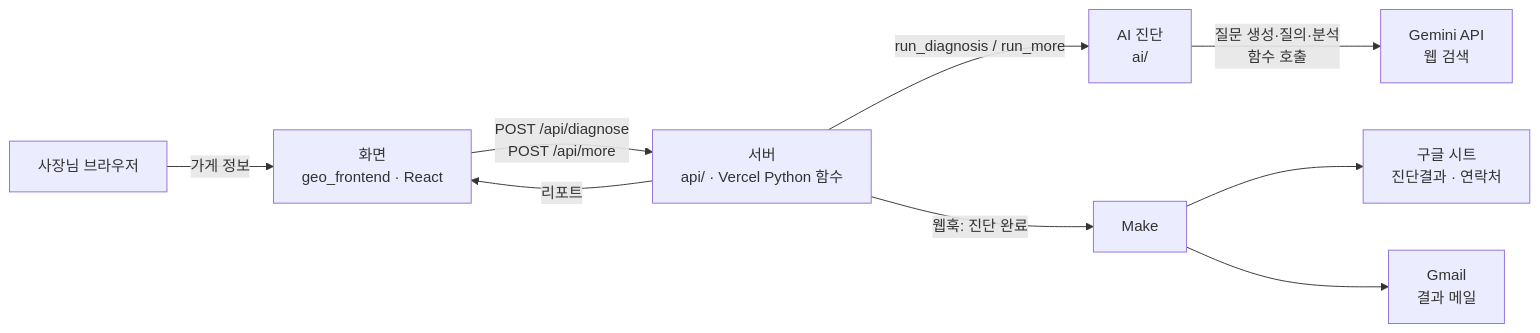
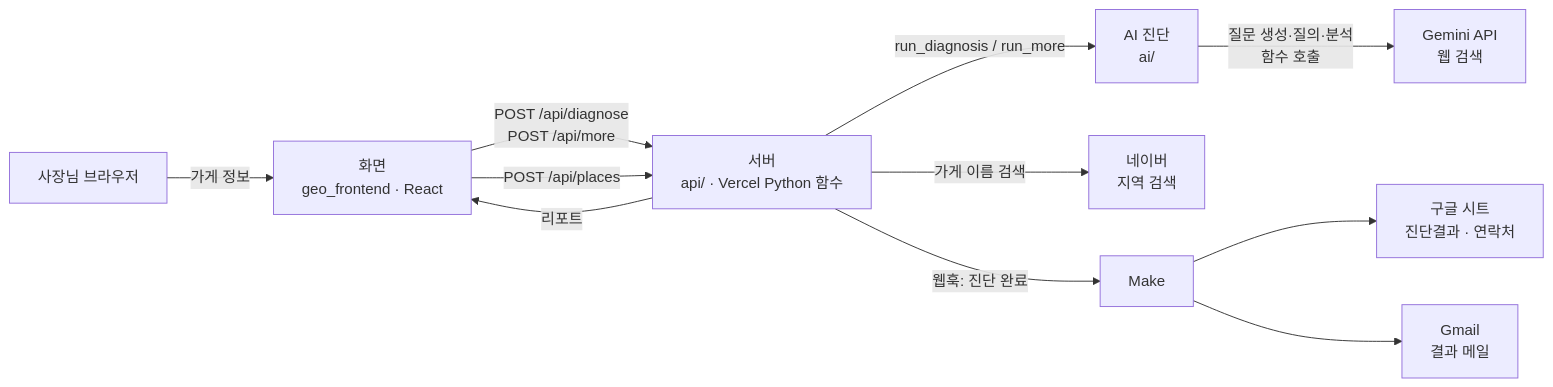
The first of 2 diagrams in docs/ARCHITECTURE.md (Clay-pieup/Codyssey_Final_GEO), drawn with Mermaid before and after one commit. The commit also changed other lines of this file and 4 other files, not shown here.

First line of the commit message:
문서에 가게 검색(네이버 지역 검색) 반영: PRD F1-1, ARCHITECTURE 구성도·약속·결정, README 환경 변수, CLAUDE.md, 진행 기록 결정

````diff
--- a/docs/ARCHITECTURE.md
+++ b/docs/ARCHITECTURE.md
@@ -10,11 +10,13 @@
 ```mermaid
 flowchart LR
     U[사장님 브라우저] -->|가게 정보| F[화면<br/>geo_frontend · React]
     F -->|POST /api/diagnose<br/>POST /api/more| S[서버<br/>api/ · Vercel Python 함수]
     S -->|run_diagnosis / run_more| A[AI 진단<br/>ai/]
     A -->|질문 생성·질의·분석<br/>함수 호출| G[Gemini API<br/>웹 검색]
     S -->|리포트| F
+    F -->|POST /api/places| S
+    S -->|가게 이름 검색| N[네이버<br/>지역 검색]
     S -->|웹훅: 진단 완료| M[Make]
     M --> SH[구글 시트<br/>진단결과 · 연락처]
     M --> GM[Gmail<br/>결과 메일]
 ```
````
